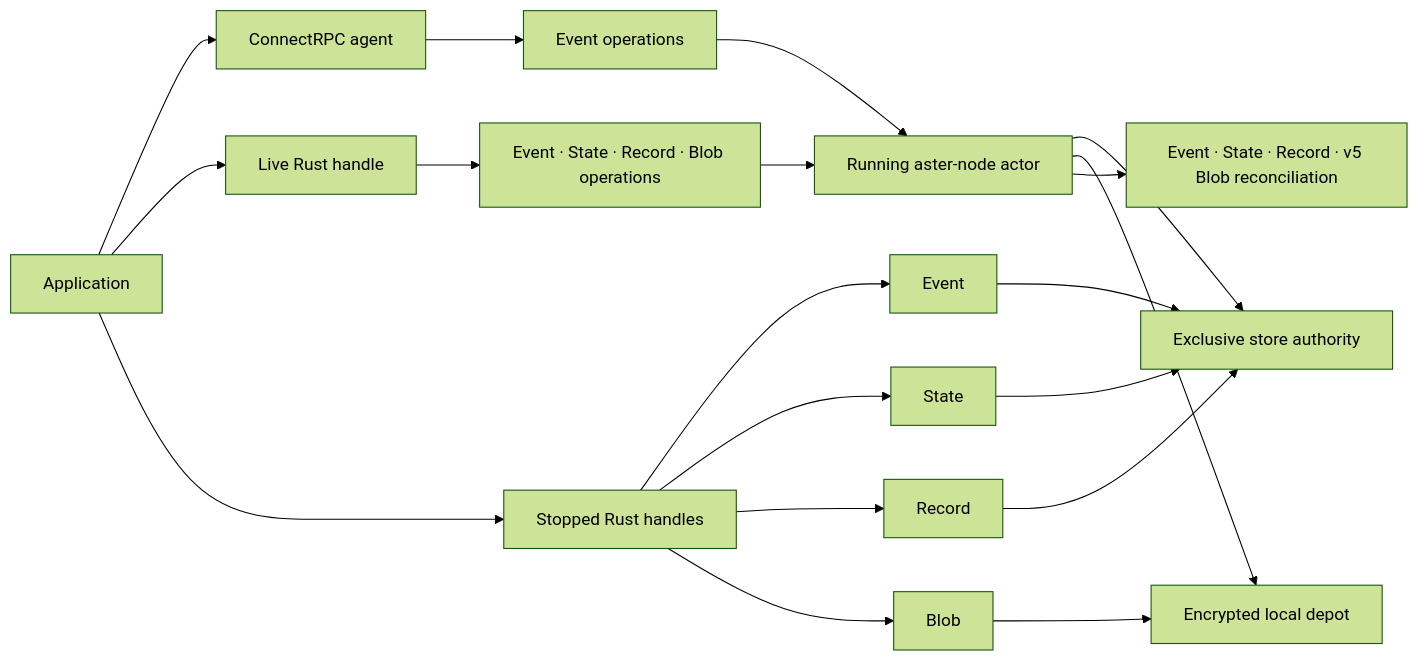
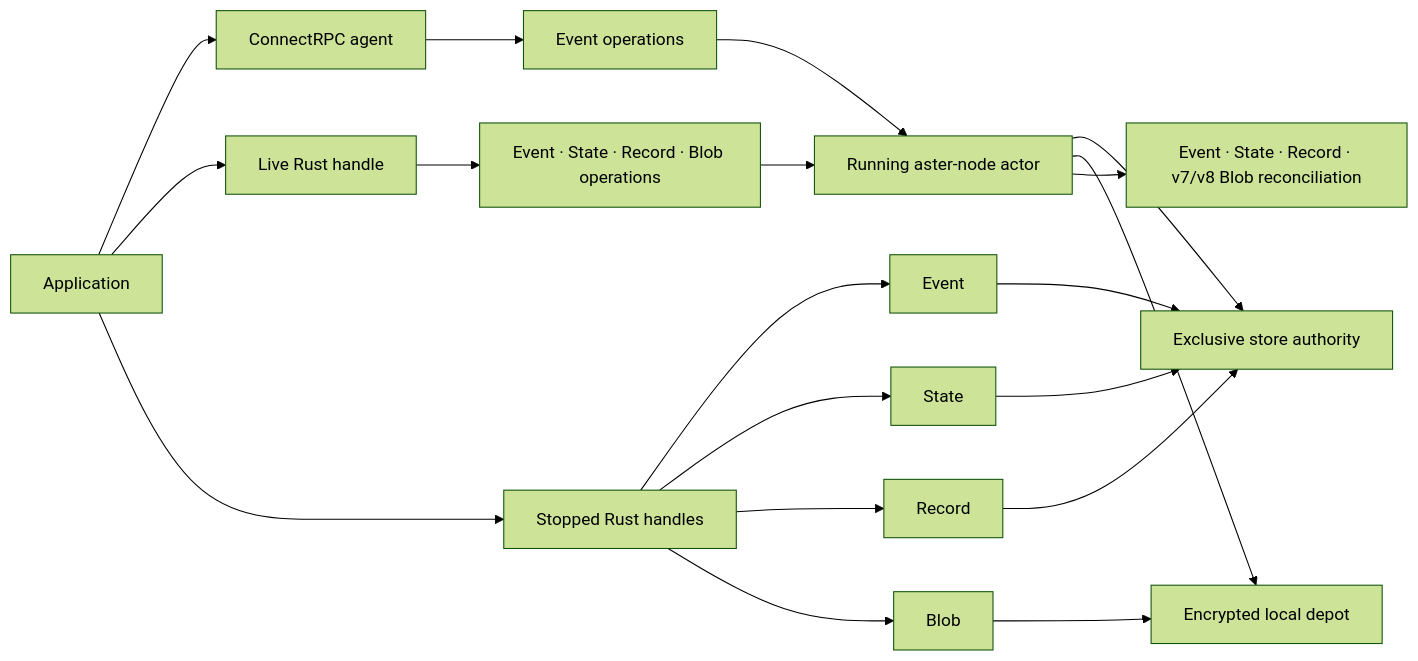
The first of 8 diagrams in docs/architecture.md (asirak-astertech/aster), drawn with Mermaid (forest theme) before and after one commit. The commit also changed other lines of this file and 24 other files, not shown here.

````diff
--- a/docs/architecture.md
+++ b/docs/architecture.md
@@ -24,21 +24,21 @@
 ```mermaid
 flowchart LR
     App["Application"] --> Connect["ConnectRPC agent"]
     App --> LiveRust["Live Rust handle"]
     App --> StoppedRust["Stopped Rust handles"]
     Connect --> LiveEvent["Event operations"]
     LiveRust --> LiveOps["Event · State · Record · Blob operations"]
     LiveEvent --> Actor["Running aster-node actor"]
     LiveOps --> Actor
     StoppedRust --> Event["Event"]
     StoppedRust --> State["State"]
     StoppedRust --> Record["Record"]
     StoppedRust --> Blob["Blob"]
     Actor --> Exclusive["Exclusive store authority"]
     Event --> Exclusive
     State --> Exclusive
     Record --> Exclusive
     Blob --> Depot["Encrypted local depot"]
     Actor --> Depot
-    Actor --> Network["Event · State · Record · v5 Blob reconciliation"]
+    Actor --> Network["Event · State · Record · v7/v8 Blob reconciliation"]
 ```
````
